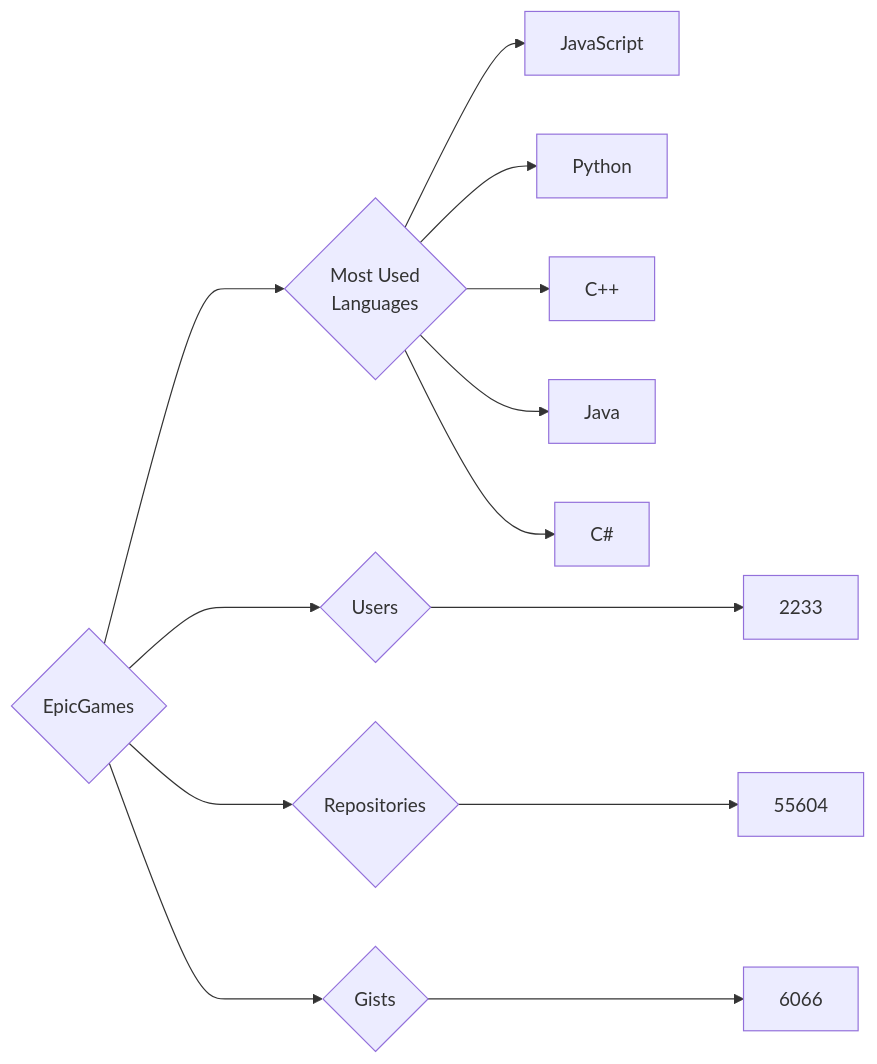
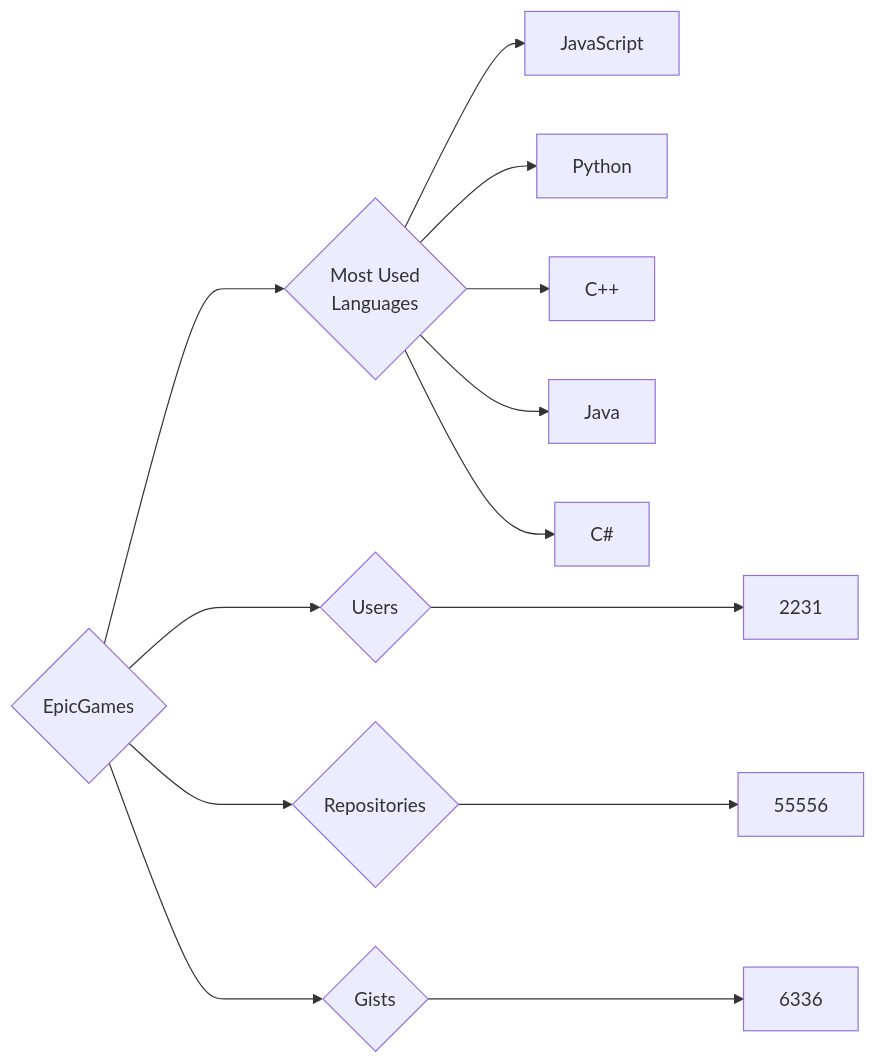
Before and after one commit to trickest/insiders: the diagram in targets/EpicGames/README.md, drawn with Mermaid. The commit also changed 964 other files, not shown here.

````diff
--- a/targets/EpicGames/README.md
+++ b/targets/EpicGames/README.md
@@ -3,13 +3,13 @@
 ```mermaid
 graph LR
 COMPANY_NAME{EpicGames}
-COMPANY_NAME ---> U{Users} ---> UN[2233]
-COMPANY_NAME ---> R{Repositories} ---> RN[55604]
-COMPANY_NAME ---> G{Gists} ---> GN[6066]
+COMPANY_NAME ---> U{Users} ---> UN[2231]
+COMPANY_NAME ---> R{Repositories} ---> RN[55556]
+COMPANY_NAME ---> G{Gists} ---> GN[6336]
 COMPANY_NAME ---> ML{Most Used<br>Languages}
 ML --> JavaScript[JavaScript]
 ML --> Python[Python]
 ML --> C++[C++]
 ML --> Java[Java]
 ML --> C#[C#]
 ```
````
